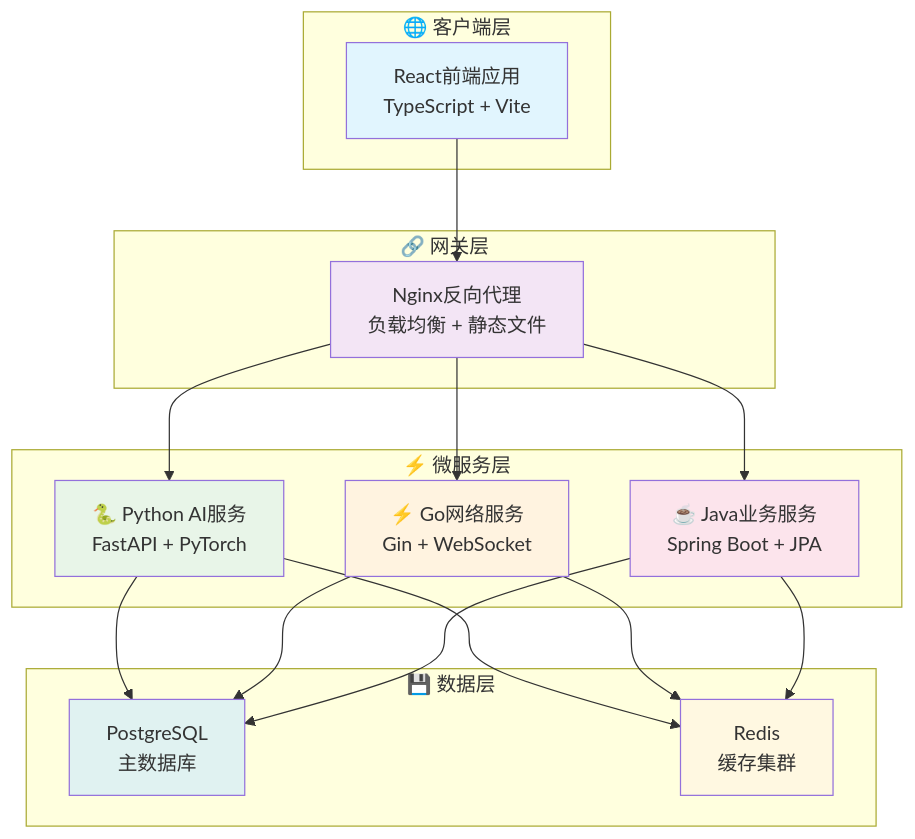
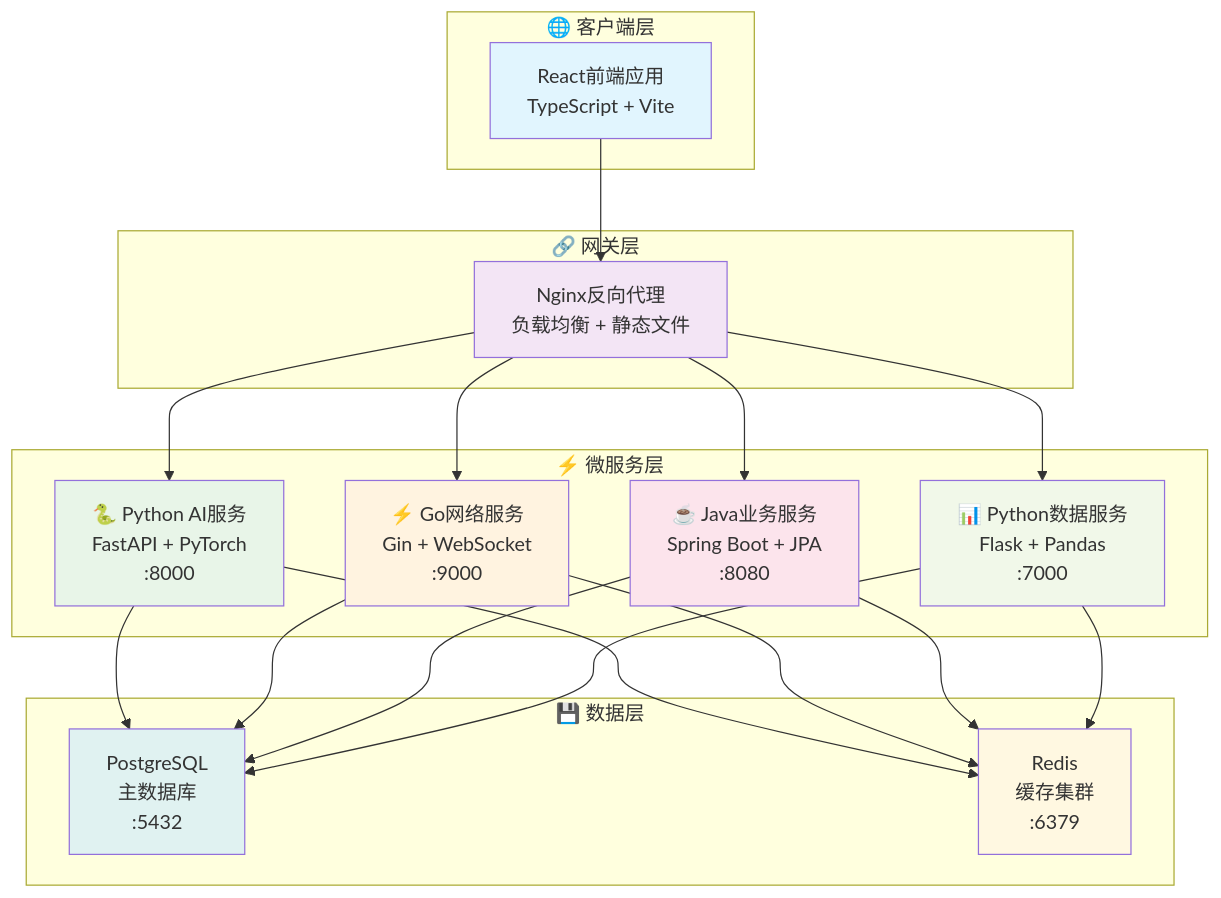
The diagram in docs/01-architecture/architecture-overview.md (JN-TechCenter/VSS), drawn with Mermaid before and after one commit. The commit also changed other lines of this file and 24 other files, not shown here.

````diff
--- a/docs/01-architecture/architecture-overview.md
+++ b/docs/01-architecture/architecture-overview.md
@@ -41,42 +41,48 @@
 ```mermaid
 graph TB
     subgraph "🌐 客户端层"
         A[React前端应用<br/>TypeScript + Vite]
     end
     
     subgraph "🔗 网关层"
         B[Nginx反向代理<br/>负载均衡 + 静态文件]
     end
     
     subgraph "⚡ 微服务层"
-        C[🐍 Python AI服务<br/>FastAPI + PyTorch]
-        D[⚡ Go网络服务<br/>Gin + WebSocket]
-        E[☕ Java业务服务<br/>Spring Boot + JPA]
+        C[🐍 Python AI服务<br/>FastAPI + PyTorch<br/>:8000]
+        D[⚡ Go网络服务<br/>Gin + WebSocket<br/>:9000]
+        E[☕ Java业务服务<br/>Spring Boot + JPA<br/>:8080]
+        F[📊 Python数据服务<br/>Flask + Pandas<br/>:7000]
     end
     
     subgraph "💾 数据层"
-        F[PostgreSQL<br/>主数据库]
-        G[Redis<br/>缓存集群]
+        G[PostgreSQL<br/>主数据库<br/>:5432]
+        H[Redis<br/>缓存集群<br/>:6379]
     end
     
     A --> B
     B --> C
     B --> D  
     B --> E
     
-    C --> F
-    D --> F
-    E --> F
+    B --> F
     
     C --> G
     D --> G
     E --> G
+    F --> G
+    
+    C --> H
+    D --> H
+    E --> H
+    F --> H
     
     style A fill:#e1f5fe
     style B fill:#f3e5f5
     style C fill:#e8f5e8
     style D fill:#fff3e0
     style E fill:#fce4ec
-    style F fill:#e0f2f1
-    style G fill:#fff8e1
+    style F fill:#f1f8e9
+    style G fill:#e0f2f1
+    style H fill:#fff8e1
 ```
````
